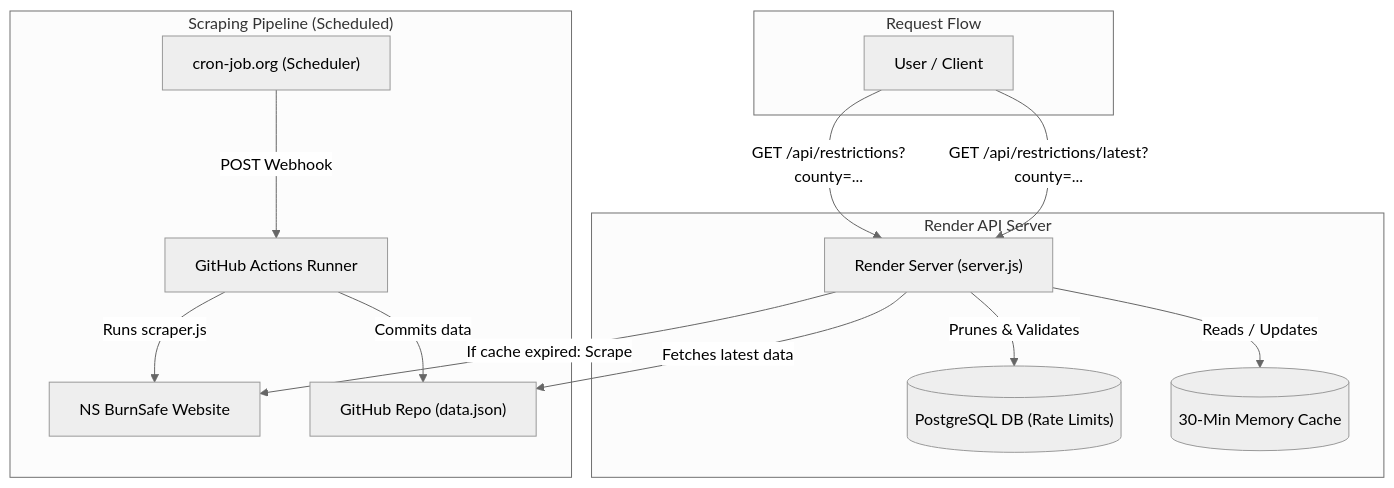
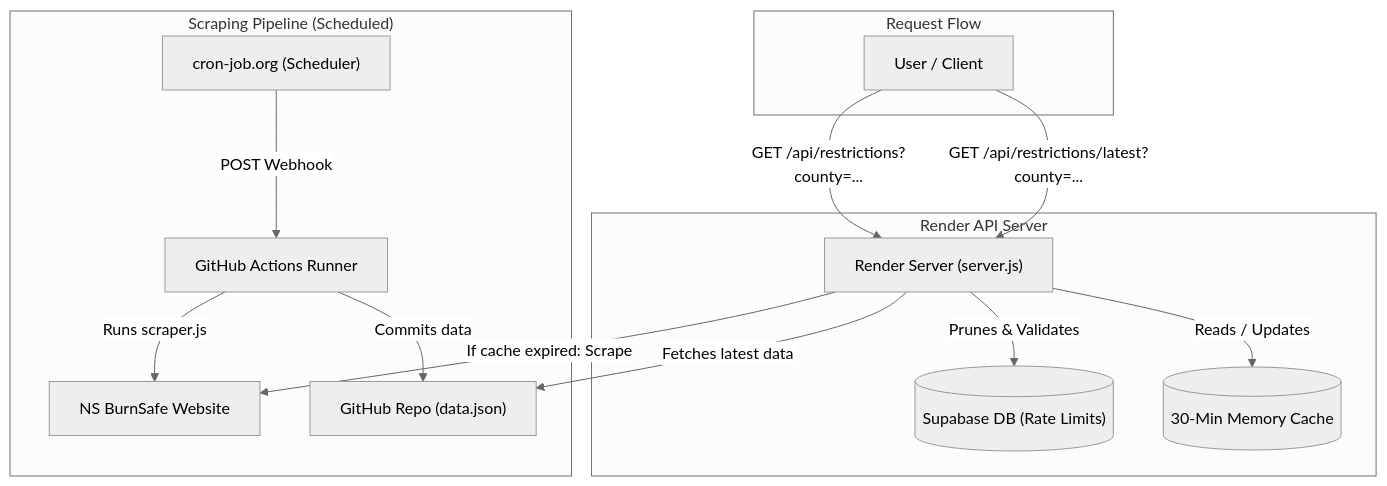
One commit to ShayneMcNeil/nsburn-api changed the diagram in README.md. Above: the diagram before and after it, drawn with Mermaid (neutral theme). The commit also changed other lines of this file, not shown here.

Commit message:
Update README with Supabase setup, IP truncation, and cron-job IP forwarding gotchas

````diff
--- a/README.md
+++ b/README.md
@@ -16,27 +16,27 @@
 ```mermaid
 flowchart TD
     subgraph Scraping_Pipeline ["Scraping Pipeline (Scheduled)"]
         Cron["cron-job.org (Scheduler)"] -->|POST Webhook| GHA["GitHub Actions Runner"]
         GHA -->|Runs scraper.js| Gov["NS BurnSafe Website"]
         GHA -->|Commits data| Repo["GitHub Repo (data.json)"]
     end
 
     subgraph Render_API ["Render API Server"]
         Render["Render Server (server.js)"]
-        DB[("PostgreSQL DB (Rate Limits)")]
+        DB[("Supabase DB (Rate Limits)")]
         Cache[("30-Min Memory Cache")]
         
         Render -->|Prunes & Validates| DB
         Render -->|Reads / Updates| Cache
     end
 
     subgraph Request_Flow ["Request Flow"]
         Client["User / Client"]
         
         Client -->|GET /api/restrictions?county=...| Render
         Render -->|Fetches latest data| Repo
         
         Client -->|GET /api/restrictions/latest?county=...| Render
         Render -->|If cache expired: Scrape| Gov
     end
 ```
````
